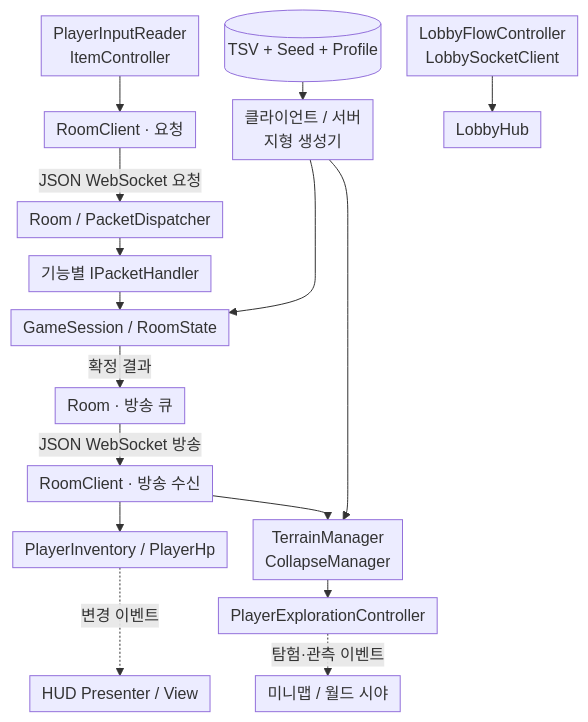
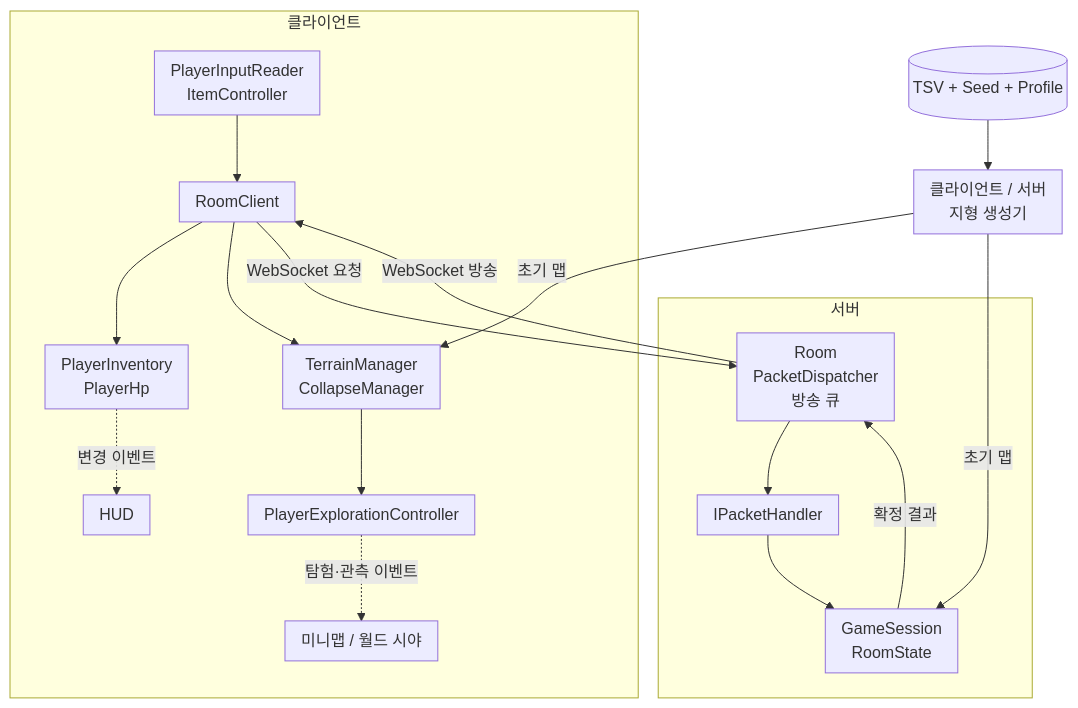
Before and after one commit to keeeery/portfolio: the third of 10 diagrams in src/3-Folk-Sack/TechDoc_FolkSack.md, drawn with Mermaid. The commit also changed other lines of this file and 13 other files, not shown here.

Commit message:
기술 문서: 다이어그램 다듬기와 부가 설명 문구 통일, Arcanist 구조도를 전투·카드 개요로, ODDITY 보스 장 정리와 염동력 시연 GIF, 코드 발췌 머리 주석 통일, 데이터 다시 빌드

````diff
--- a/src/3-Folk-Sack/TechDoc_FolkSack.md
+++ b/src/3-Folk-Sack/TechDoc_FolkSack.md
@@ -73,24 +107,26 @@
 ```mermaid
-%%{init: {"flowchart": {"rankSpacing": 18, "nodeSpacing": 26, "padding": 6}}}%%
+%%{init: {"flowchart": {"padding": 8, "subGraphTitleMargin": {"top": 0, "bottom": 10}}}}%%
 flowchart TB
-    %% folk-sack-architecture
-    Input["PlayerInputReader<br/>ItemController"] --> RC["RoomClient · 요청"]
-    RC -->|JSON WebSocket 요청| Room["Room / PacketDispatcher"]
-    Room --> Handler["기능별 IPacketHandler"]
-    Handler --> GS["GameSession / RoomState"]
-    GS -->|확정 결과| Broadcast["Room · 방송 큐"]
-    Broadcast -->|JSON WebSocket 방송| Receive["RoomClient · 방송 수신"]
-    Receive --> INV["PlayerInventory / PlayerHp"]
-    Receive --> TM["TerrainManager<br/>CollapseManager"]
-    TM --> EXP["PlayerExplorationController"]
-    EXP -.탐험·관측 이벤트.-> Map["미니맵 / 월드 시야"]
-    INV -.변경 이벤트.-> HUD["HUD Presenter / View"]
+    subgraph Client["클라이언트"]
+        Input["PlayerInputReader<br/>ItemController"]
+        Input --> RC["RoomClient"]
+        RC --> INV["PlayerInventory<br/>PlayerHp"]
+        RC --> TM["TerrainManager<br/>CollapseManager"]
+        TM --> EXP["PlayerExplorationController"]
+        EXP -.탐험·관측 이벤트.-> Map["미니맵 / 월드 시야"]
+        INV -.변경 이벤트.-> HUD["HUD"]
+    end
+    subgraph Srv["서버"]
+        Room["Room<br/>PacketDispatcher<br/>방송 큐"] --> Handler["IPacketHandler"]
+        Handler --> GS["GameSession<br/>RoomState"]
+        GS -->|확정 결과| Room
+    end
     TSV[("TSV + Seed + Profile")] --> GEN["클라이언트 / 서버<br/>지형 생성기"]
-    GEN --> TM
-    GEN --> GS
-    Lobby["LobbyFlowController<br/>LobbySocketClient"] --> LH["LobbyHub"]
-    %% 시작 노드와 하단 결과 노드의 행을 맞추는 배치용 연결
-    GEN ~~~ Room
-    Input ~~~ GEN
-    INV ~~~~ HUD
+    RC -->|WebSocket 요청| Room
+    Room -->|WebSocket 방송| RC
+    GEN -->|초기 맵| GS
+    GEN -->|초기 맵| TM
+%% 격자: Input RC Room | INV - Handler | HUD - GS | EXP TM GEN | Map - TSV
+%% 화살표 RC -> INV: 나감=아래 들어감=오른쪽
+%% 화살표 GS -> Room: 나감=오른쪽 들어감=오른쪽
 ```
````
